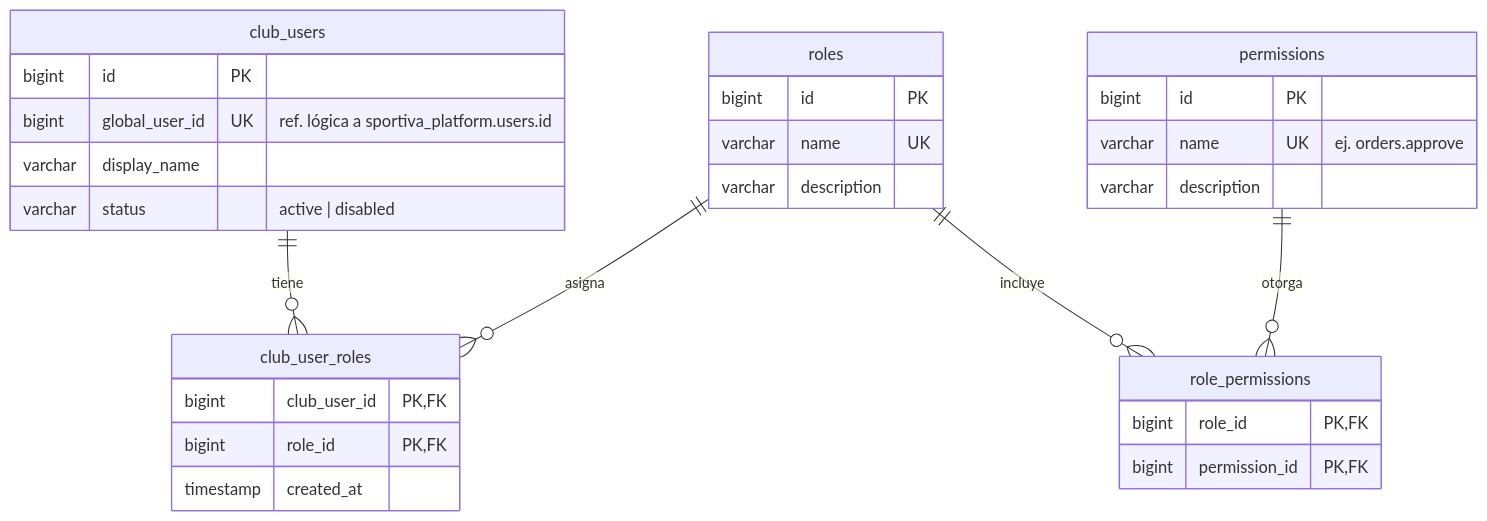
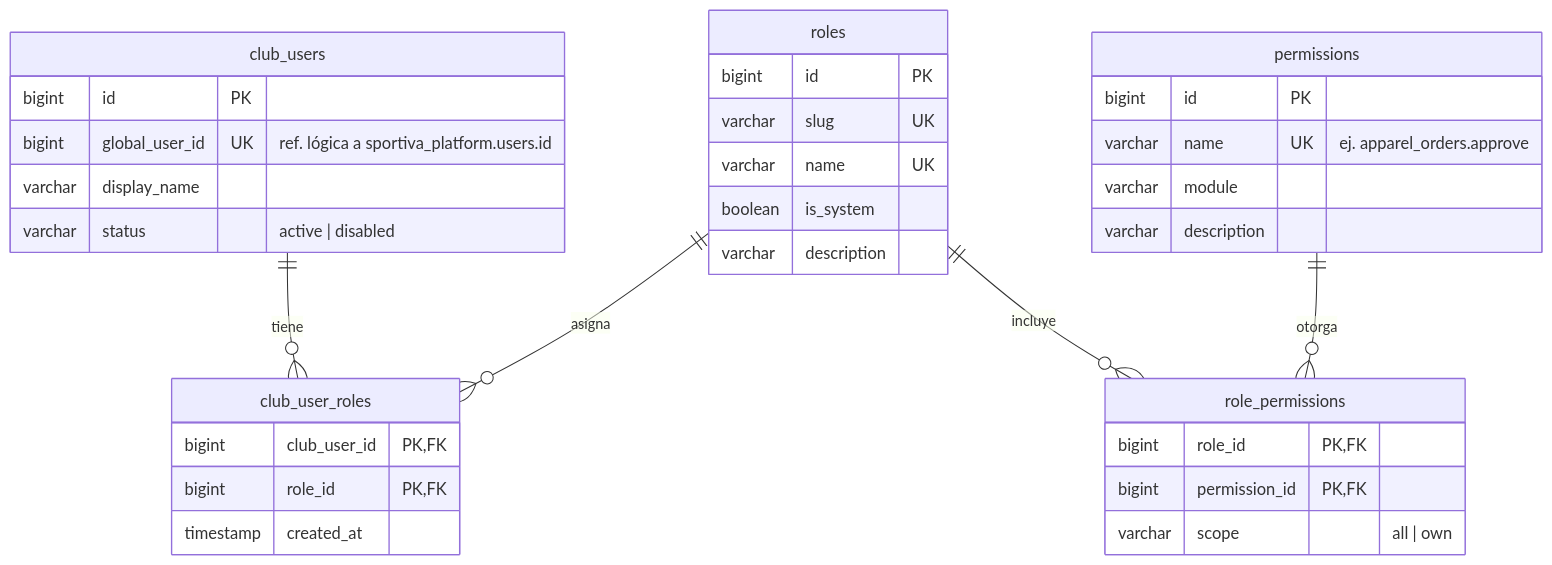
Before and after one commit to finalproyectogrupo8-max/API_Sportiva: the diagram in docs/modelo-datos-club/01-identidad-y-autorizacion.md, drawn with Mermaid. The commit also changed other lines of this file and 6 other files, not shown here.

````diff
--- a/docs/modelo-datos-club/01-identidad-y-autorizacion.md
+++ b/docs/modelo-datos-club/01-identidad-y-autorizacion.md
@@ -7,33 +9,37 @@
 ```mermaid
 erDiagram
     club_users ||--o{ club_user_roles : tiene
     roles ||--o{ club_user_roles : asigna
     roles ||--o{ role_permissions : incluye
     permissions ||--o{ role_permissions : otorga
 
     club_users {
         bigint id PK
         bigint global_user_id UK "ref. lógica a sportiva_platform.users.id"
         varchar display_name
         varchar status "active | disabled"
     }
     roles {
         bigint id PK
+        varchar slug UK
         varchar name UK
+        boolean is_system
         varchar description
     }
     permissions {
         bigint id PK
-        varchar name UK "ej. orders.approve"
+        varchar name UK "ej. apparel_orders.approve"
+        varchar module
         varchar description
     }
     club_user_roles {
         bigint club_user_id PK,FK
         bigint role_id PK,FK
         timestamp created_at
     }
     role_permissions {
         bigint role_id PK,FK
         bigint permission_id PK,FK
+        varchar scope "all | own"
     }
 ```
````
